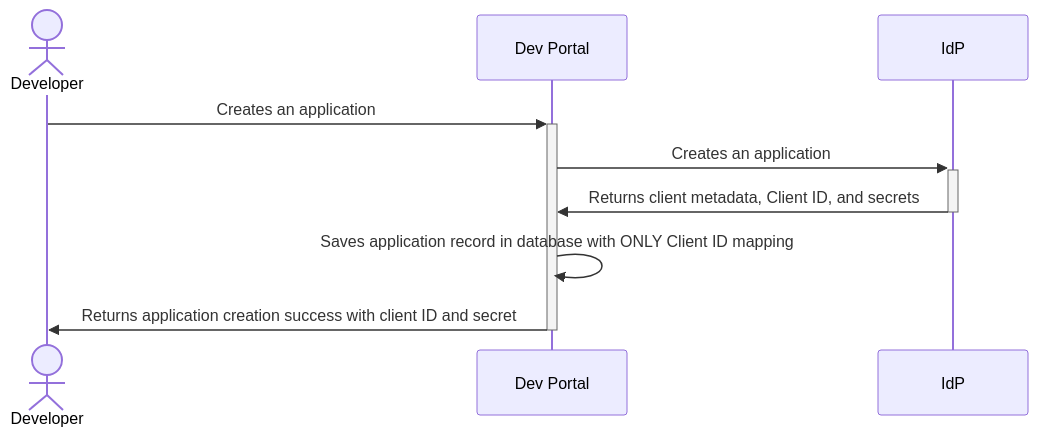
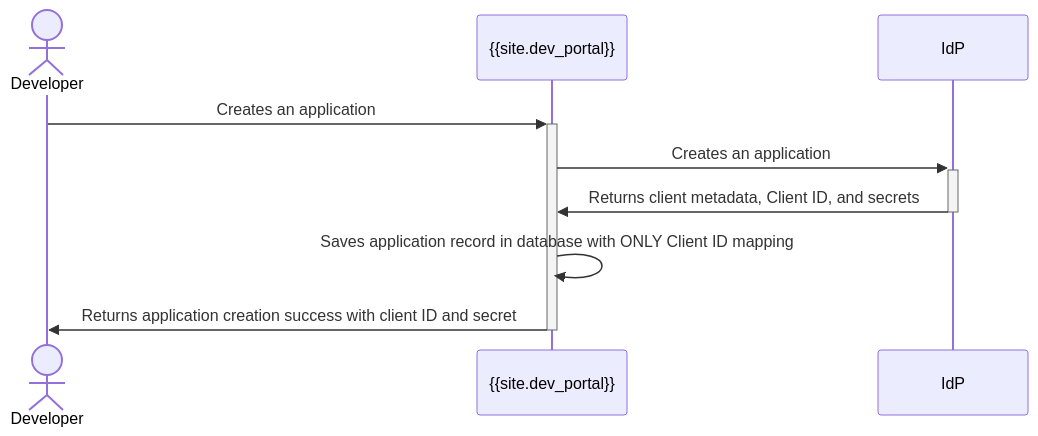
Before and after one commit to Kong/developer.konghq.com: the first of 2 diagrams in app/dev-portal/dynamic-client-registration.md, drawn with Mermaid. The commit also changed other lines of this file and 2 other files, not shown here.

```diff
--- a/app/dev-portal/dynamic-client-registration.md
+++ b/app/dev-portal/dynamic-client-registration.md
@@ -148,9 +148,9 @@
 {% mermaid %}
 sequenceDiagram
     actor Developer
-    Developer->> +Dev Portal: Creates an application
-    Dev Portal->>+IdP: Creates an application
-    IdP->>-Dev Portal: Returns client metadata, Client ID, and secrets
-    Dev Portal->>Dev Portal: Saves application record in database with ONLY Client ID mapping
-    Dev Portal->>-Developer: Returns application creation success with client ID and secret
+    Developer->> +{{site.dev_portal}}: Creates an application
+    {{site.dev_portal}}->>+IdP: Creates an application
+    IdP->>-{{site.dev_portal}}: Returns client metadata, Client ID, and secrets
+    {{site.dev_portal}}->>{{site.dev_portal}}: Saves application record in database with ONLY Client ID mapping
+    {{site.dev_portal}}->>-Developer: Returns application creation success with client ID and secret
 {% endmermaid %}
```
